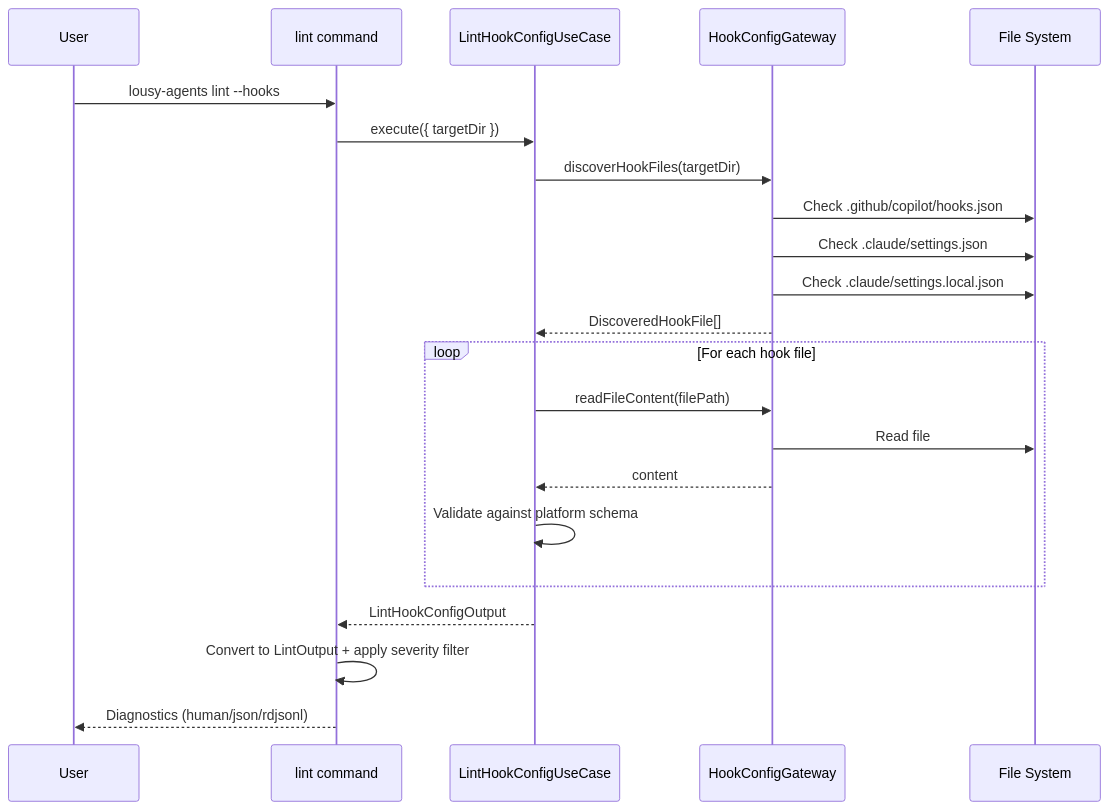
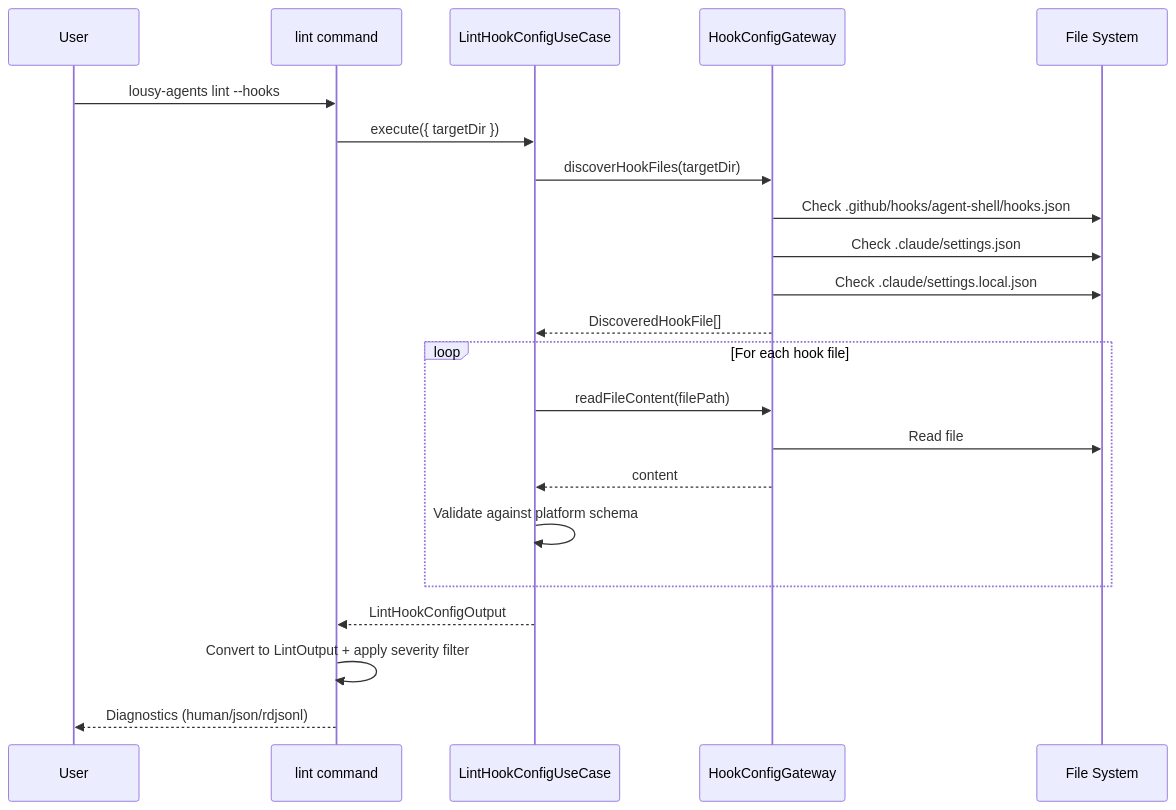
One commit to zpratt/lousy-agents changed the second of 2 diagrams in .github/specs/lint-hook-config.spec.md. Above: the diagram before and after it, drawn with Mermaid. The commit also changed other lines of this file and 12 other files, not shown here.

First line of the commit message:
fix: write hooks.json to .github/hooks/agent-shell/ instead of .github/copilot/

````diff
--- a/.github/specs/lint-hook-config.spec.md
+++ b/.github/specs/lint-hook-config.spec.md
@@ -178,25 +178,25 @@
 ```mermaid
 sequenceDiagram
     participant User
     participant CLI as lint command
     participant UC as LintHookConfigUseCase
     participant GW as HookConfigGateway
     participant FS as File System
 
     User->>CLI: lousy-agents lint --hooks
     CLI->>UC: execute({ targetDir })
     UC->>GW: discoverHookFiles(targetDir)
-    GW->>FS: Check .github/copilot/hooks.json
+    GW->>FS: Check .github/hooks/agent-shell/hooks.json
     GW->>FS: Check .claude/settings.json
     GW->>FS: Check .claude/settings.local.json
     GW-->>UC: DiscoveredHookFile[]
     loop For each hook file
         UC->>GW: readFileContent(filePath)
         GW->>FS: Read file
         GW-->>UC: content
         UC->>UC: Validate against platform schema
     end
     UC-->>CLI: LintHookConfigOutput
     CLI->>CLI: Convert to LintOutput + apply severity filter
     CLI-->>User: Diagnostics (human/json/rdjsonl)
 ```
````
